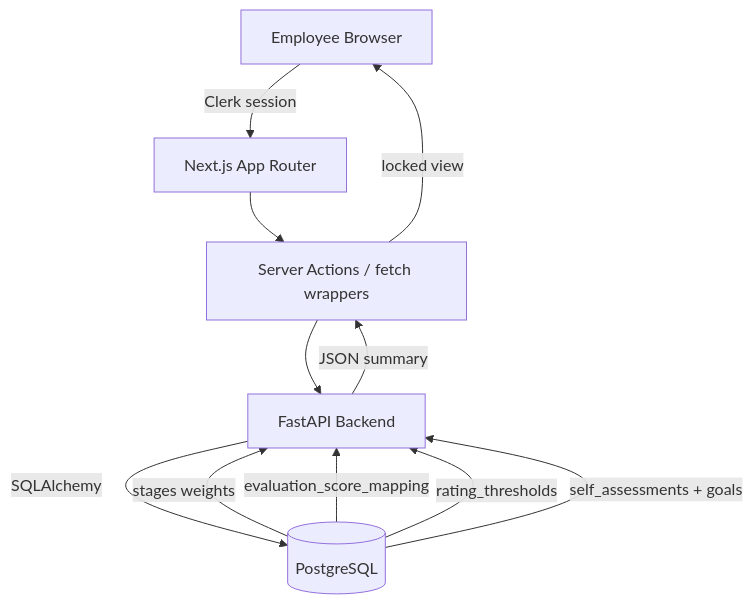
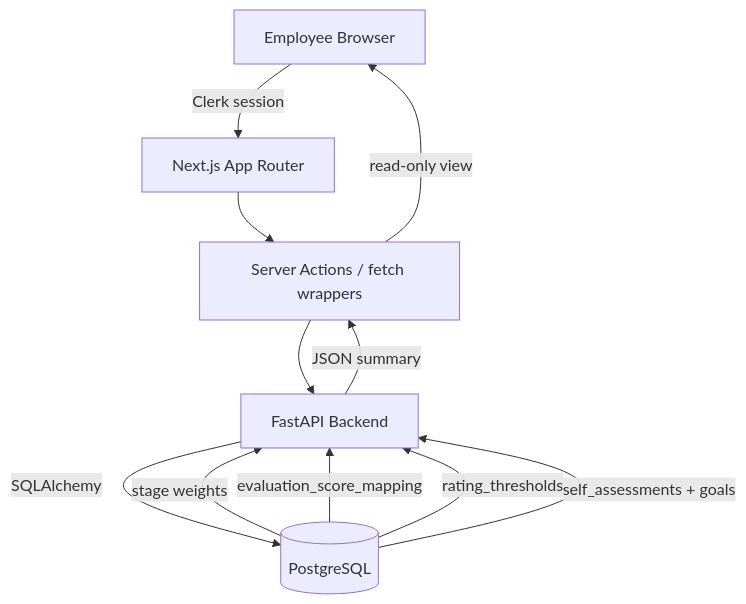
One commit to shintairiku/evaluation-system changed the diagram in .kiro/specs/self-assessment-scoring/design.md. Above: the diagram before and after it, drawn with Mermaid. The commit also changed other lines of this file and 3 other files, not shown here.

First line of the commit message:
refactor(specs): add multi-tenancy support to evaluation scoring schema

````diff
--- a/.kiro/specs/self-assessment-scoring/design.md
+++ b/.kiro/specs/self-assessment-scoring/design.md
@@ -9,14 +9,14 @@
 ```mermaid
 graph TD
     A[Employee Browser] -->|Clerk session| B[Next.js App Router]
     B --> C[Server Actions / fetch wrappers]
     C --> D[FastAPI Backend]
     D -->|SQLAlchemy| E[(PostgreSQL)]
 
-    E -->|stages weights| D
+    E -->|stage weights| D
     E -->|evaluation_score_mapping| D
     E -->|rating_thresholds| D
     E -->|self_assessments + goals| D
 
-    D -->|JSON summary| C -->|locked view| A
+    D -->|JSON summary| C -->|read-only view| A
 ```
````
